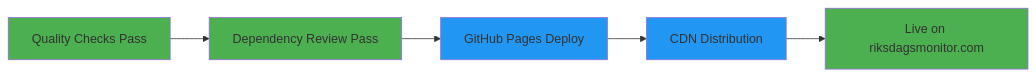
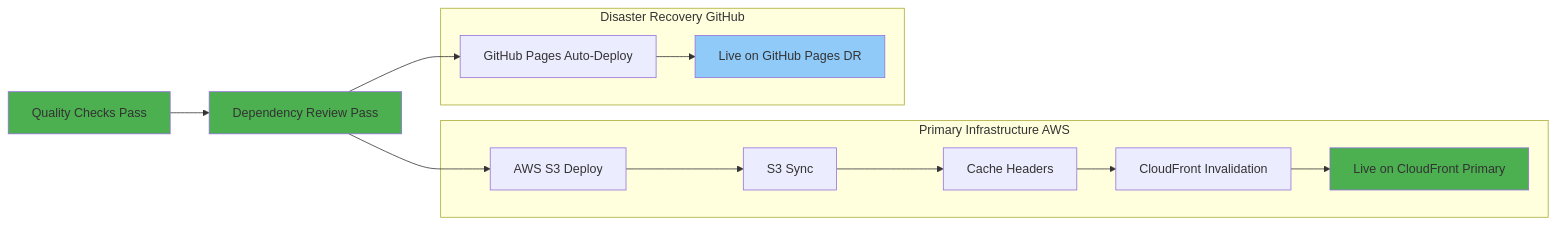
One commit to Hack23/riksdagsmonitor changed the second of 2 diagrams in WORKFLOWS.md. Above: the diagram before and after it, drawn with Mermaid. The commit also changed other lines of this file, not shown here.

Commit message:
Update WORKFLOWS.md with AWS S3 deployment workflow documentation

````diff
--- a/WORKFLOWS.md
+++ b/WORKFLOWS.md
@@ -267,13 +427,31 @@
 ```mermaid
 graph LR
     A[Quality Checks Pass] --> B[Dependency Review Pass]
-    B --> C[GitHub Pages Deploy]
-    C --> D[CDN Distribution]
-    D --> E[Live on riksdagsmonitor.com]
+    B --> C1[AWS S3 Deploy]
+    B --> C2[GitHub Pages Auto-Deploy]
+    
+    C1 --> D1[S3 Sync]
+    D1 --> D2[Cache Headers]
+    D2 --> D3[CloudFront Invalidation]
+    D3 --> E1[Live on CloudFront Primary]
+    
+    C2 --> E2[Live on GitHub Pages DR]
+    
+    subgraph "Primary Infrastructure AWS"
+        C1
+        D1
+        D2
+        D3
+        E1
+    end
+    
+    subgraph "Disaster Recovery GitHub"
+        C2
+        E2
+    end
     
     style A fill:#4caf50
     style B fill:#4caf50
-    style C fill:#2196f3
-    style D fill:#2196f3
-    style E fill:#4caf50
+    style E1 fill:#4caf50
+    style E2 fill:#90caf9
 ```
````
